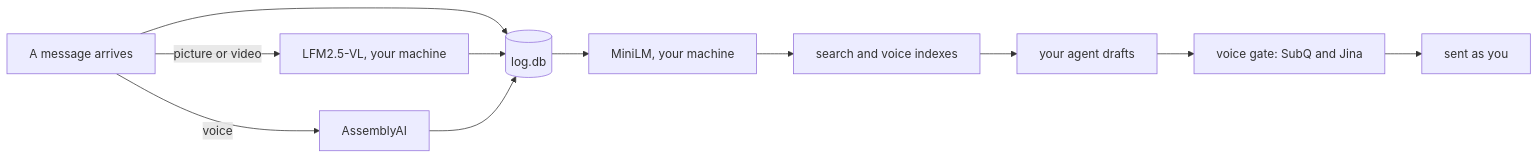
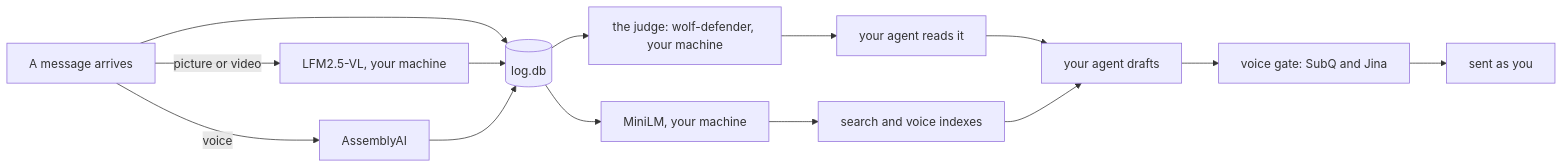
The seventh of 7 diagrams in data/readmes/matthewdonsemail-lab__log.md (zqf20096327/ai_collect), drawn with Mermaid before and after one commit. The commit also changed other lines of this file and 1765 other files, not shown here.

````diff
--- a/data/readmes/matthewdonsemail-lab__log.md
+++ b/data/readmes/matthewdonsemail-lab__log.md
@@ -392,8 +448,9 @@
 ```mermaid
 flowchart LR
   IN["A message arrives"] --> DB[("log.db")]
   IN -->|picture or video| VL["LFM2.5-VL, your machine"] --> DB
   IN -->|voice| AA["AssemblyAI"] --> DB
   DB --> ML["MiniLM, your machine"] --> IDX["search and voice indexes"]
-  IDX --> DRAFT["your agent drafts"] --> GATE["voice gate: SubQ and Jina"] --> SEND["sent as you"]
+  DB --> WD["the judge: wolf-defender, your machine"] --> READ["your agent reads it"]
+  READ & IDX --> DRAFT["your agent drafts"] --> GATE["voice gate: SubQ and Jina"] --> SEND["sent as you"]
 ```
````
